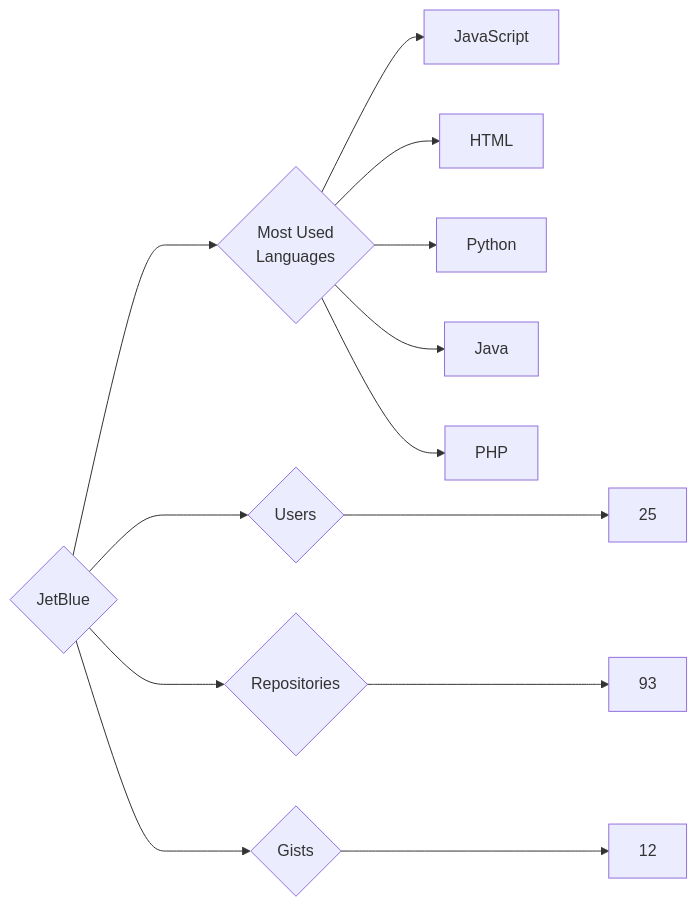
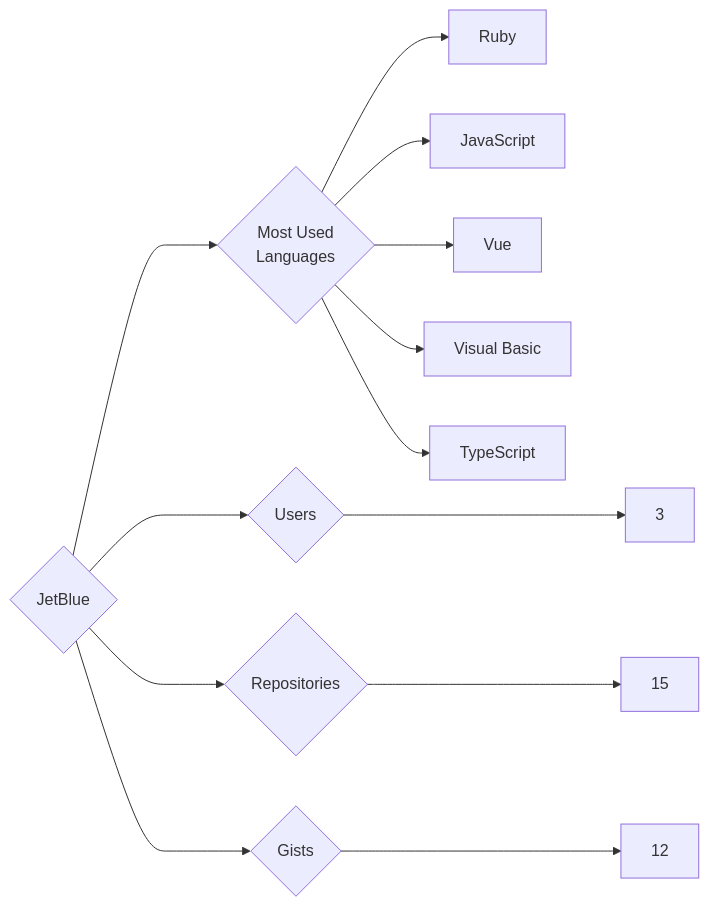
One commit to trickest/insiders changed the diagram in targets/JetBlue/README.md. Above: the diagram before and after it, drawn with Mermaid. The commit also changed 826 other files, not shown here.

````diff
--- a/targets/JetBlue/README.md
+++ b/targets/JetBlue/README.md
@@ -3,13 +3,13 @@
 ```mermaid
 graph LR
 COMPANY_NAME{JetBlue}
-COMPANY_NAME ---> U{Users} ---> UN[25]
-COMPANY_NAME ---> R{Repositories} ---> RN[93]
+COMPANY_NAME ---> U{Users} ---> UN[3]
+COMPANY_NAME ---> R{Repositories} ---> RN[15]
 COMPANY_NAME ---> G{Gists} ---> GN[12]
 COMPANY_NAME ---> ML{Most Used<br>Languages}
+ML --> Ruby[Ruby]
 ML --> JavaScript[JavaScript]
-ML --> HTML[HTML]
-ML --> Python[Python]
-ML --> Java[Java]
-ML --> PHP[PHP]
+ML --> Vue[Vue]
+ML --> Visual_Basic[Visual Basic]
+ML --> TypeScript[TypeScript]
 ```
````
